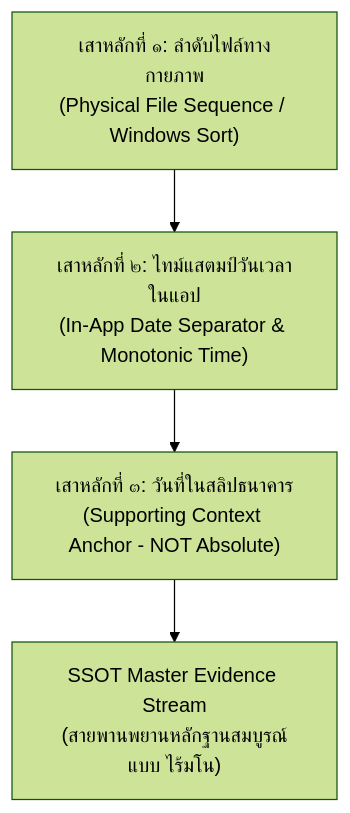
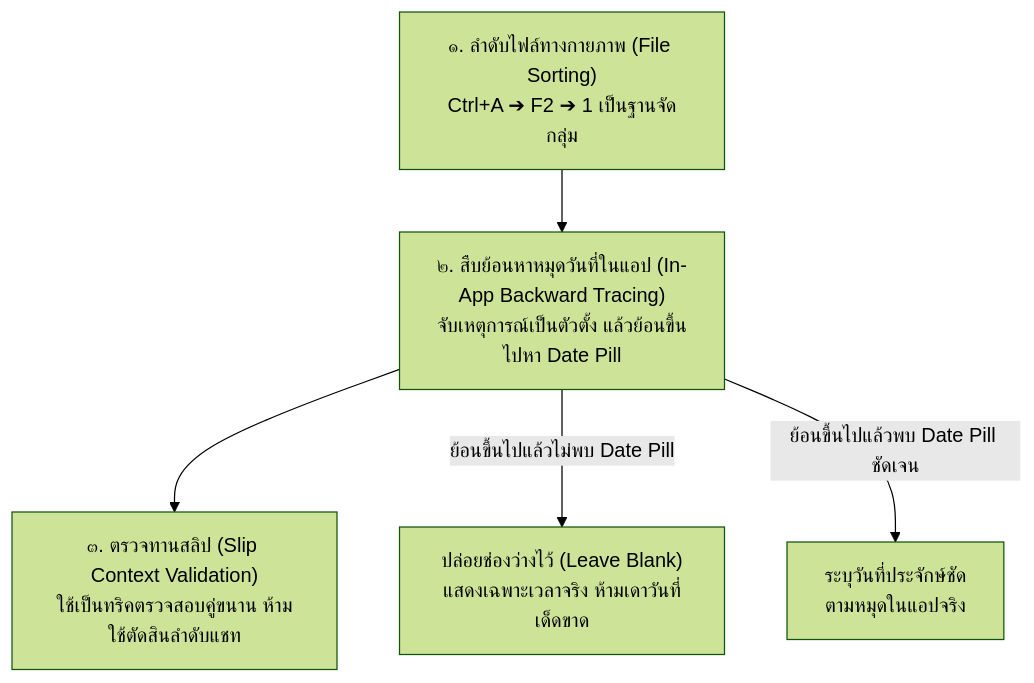
Before and after one commit to palaside/RAG-Eviden: the second of 2 diagrams in Knowledge.md, drawn with Mermaid (forest theme). The commit also changed other lines of this file and 59 other files, not shown here.

Commit message:
fix: refine Knowledge.md Section 10 to Event-Anchored Backward Tracing and leave date blank when untraced

````diff
--- a/Knowledge.md
+++ b/Knowledge.md
@@ -212,7 +212,8 @@
 ```mermaid
 flowchart TD
-    P1["เสาหลักที่ ๑: ลำดับไฟล์ทางกายภาพ<br/>(Physical File Sequence / Windows Sort)"]
-    --> P2["เสาหลักที่ ๒: ไทม์แสตมป์วันเวลาในแอป<br/>(In-App Date Separator & Monotonic Time)"]
-    --> P3["เสาหลักที่ ๓: วันที่ในสลิปธนาคาร<br/>(Supporting Context Anchor - NOT Absolute)"]
-    P3 --> RES["SSOT Master Evidence Stream<br/>(สายพานพยานหลักฐานสมบูรณ์แบบ ไร้มโน)"]
+    P1["๑. ลำดับไฟล์ทางกายภาพ (File Sorting)<br/>Ctrl+A ➔ F2 ➔ 1 เป็นฐานจัดกลุ่ม"]
+    --> P2["๒. สืบย้อนหาหมุดวันที่ในแอป (In-App Backward Tracing)<br/>จับเหตุการณ์เป็นตัวตั้ง แล้วย้อนขึ้นไปหา Date Pill"]
+    --> P3["๓. ตรวจทานสลิป (Slip Context Validation)<br/>ใช้เป็นทริคตรวจสอบคู่ขนาน ห้ามใช้ตัดสินลำดับแชท"]
+    P2 -->|ย้อนขึ้นไปแล้วไม่พบ Date Pill| BLANK["ปล่อยช่องว่างไว้ (Leave Blank)<br/>แสดงเฉพาะเวลาจริง ห้ามเดาวันที่เด็ดขาด"]
+    P2 -->|ย้อนขึ้นไปแล้วพบ Date Pill ชัดเจน| DATE["ระบุวันที่ประจักษ์ชัด<br/>ตามหมุดในแอปจริง"]
 ```
````
